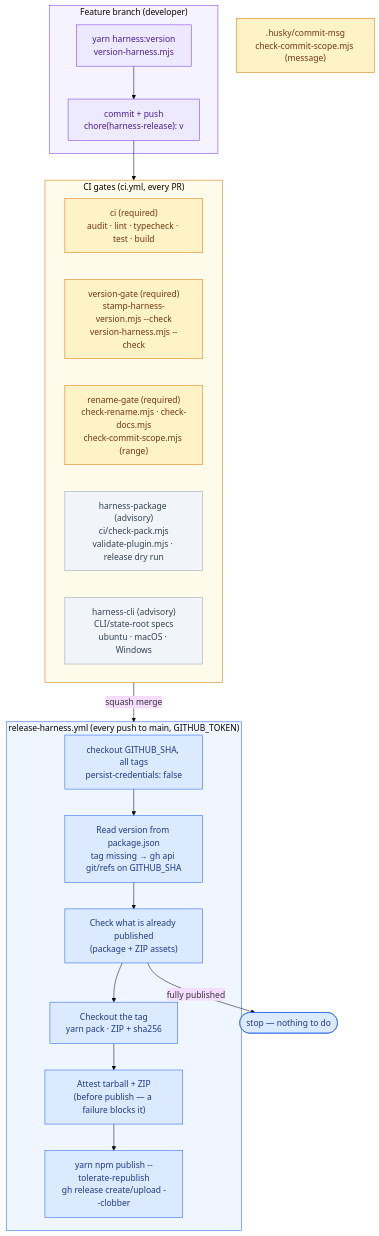
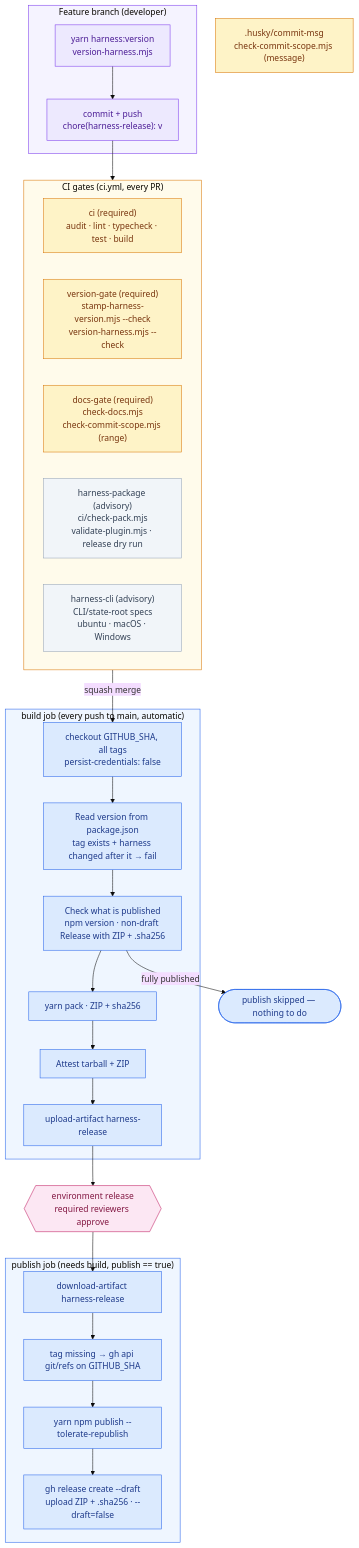
The diagram in docs/System Architecture (LLD)/Harness Release Pipeline/00. Overview.md (DataArt/artisyn-implementation-harness), drawn with Mermaid (base theme) before and after one commit. The commit also changed other lines of this file and 19 other files, not shown here.

First line of the commit message:
docs(release): describe the approved two-job release and the docs gate

````diff
--- a/docs/System Architecture (LLD)/Harness Release Pipeline/00. Overview.md
+++ b/docs/System Architecture (LLD)/Harness Release Pipeline/00. Overview.md
@@ -29,39 +33,50 @@
 ```mermaid
 flowchart TD
     subgraph BRANCH ["  Feature branch (developer)  "]
         HV["yarn harness:version\nversion-harness.mjs"]:::push
         VC["commit + push\nchore(harness-release): v"]:::push
     end
 
     subgraph GATES ["  CI gates (ci.yml, every PR)  "]
         CI["ci (required)\naudit · lint · typecheck · test · build"]:::gate
         VG["version-gate (required)\nstamp-harness-version.mjs --check\nversion-harness.mjs --check"]:::gate
-        RG["rename-gate (required)\ncheck-rename.mjs · check-docs.mjs\ncheck-commit-scope.mjs (range)"]:::gate
+        RG["docs-gate (required)\ncheck-docs.mjs\ncheck-commit-scope.mjs (range)"]:::gate
         HP["harness-package (advisory)\nci/check-pack.mjs\nvalidate-plugin.mjs · release dry run"]:::advisory
         HC["harness-cli (advisory)\nCLI/state-root specs\nubuntu · macOS · Windows"]:::advisory
     end
 
-    subgraph WF ["  release-harness.yml (every push to main, GITHUB_TOKEN)  "]
+    subgraph BJ ["  build job (every push to main, automatic)  "]
         CO["checkout GITHUB_SHA, all tags\npersist-credentials: false"]:::step
-        TG["Read version from package.json\ntag missing → gh api git/refs on GITHUB_SHA"]:::step
-        CK["Check what is already published\n(package + ZIP assets)"]:::step
-        BU["Checkout the tag\nyarn pack · ZIP + sha256"]:::step
-        AT["Attest tarball + ZIP\n(before publish — a failure blocks it)"]:::step
-        PU["yarn npm publish --tolerate-republish\ngh release create/upload --clobber"]:::step
+        RV["Read version from package.json\ntag exists + harness changed after it → fail"]:::step
+        CK["Check what is published\nnpm version · non-draft Release with ZIP + .sha256"]:::step
+        BU["yarn pack · ZIP + sha256"]:::step
+        AT["Attest tarball + ZIP"]:::step
+        UP["upload-artifact harness-release"]:::step
+    end
+
+    APP{{"environment release\nrequired reviewers approve"}}:::approval
+
+    subgraph PJ ["  publish job (needs build, publish == true)  "]
+        DL["download-artifact harness-release"]:::step
+        TG["tag missing → gh api git/refs on GITHUB_SHA"]:::step
+        NP["yarn npm publish --tolerate-republish"]:::step
+        GR["gh release create --draft\nupload ZIP + .sha256 · --draft=false"]:::step
     end
 
     HOOK[".husky/commit-msg\ncheck-commit-scope.mjs (message)"]:::gate
 
     HV --> VC --> GATES
-    GATES -->|"squash merge"| WF
-    CO --> TG --> CK --> BU --> AT --> PU
-    CK -->|"fully published"| DONE(["stop — nothing to do"]):::step
+    GATES -->|"squash merge"| CO
+    CO --> RV --> CK --> BU --> AT --> UP --> APP --> DL --> TG --> NP --> GR
+    CK -->|"fully published"| DONE(["publish skipped — nothing to do"]):::step
 
     classDef gate fill:#FEF3C7,stroke:#D97706,color:#78350f
     classDef advisory fill:#F1F5F9,stroke:#94A3B8,color:#334155
     classDef step fill:#DBEAFE,stroke:#2563EB,color:#1e3a8a
     classDef push fill:#EDE9FE,stroke:#7C3AED,color:#4c1d95
+    classDef approval fill:#FCE7F3,stroke:#BE185D,color:#831843
     style BRANCH fill:#F5F3FF,stroke:#7C3AED
     style GATES fill:#FFFBEB,stroke:#D97706
-    style WF fill:#EFF6FF,stroke:#2563EB
+    style BJ fill:#EFF6FF,stroke:#2563EB
+    style PJ fill:#EFF6FF,stroke:#2563EB
 ```
````
